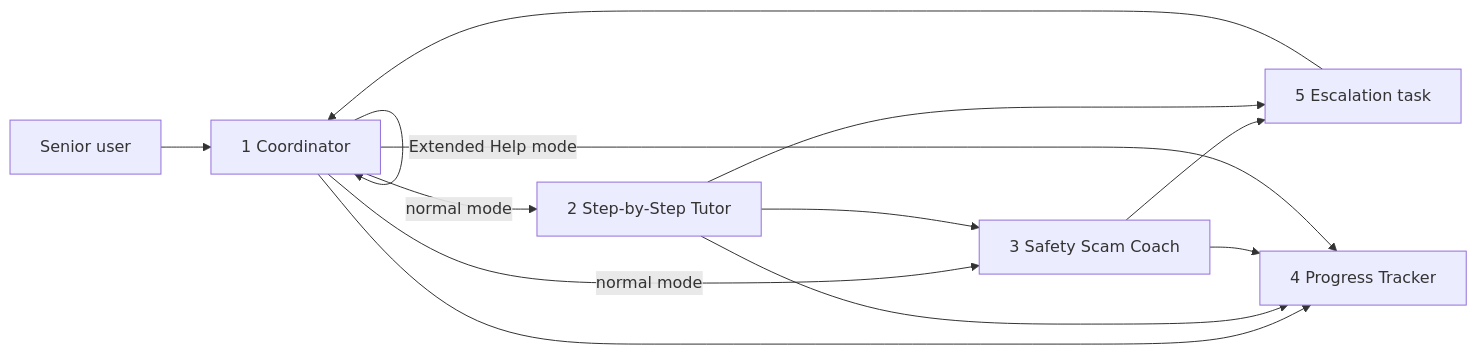
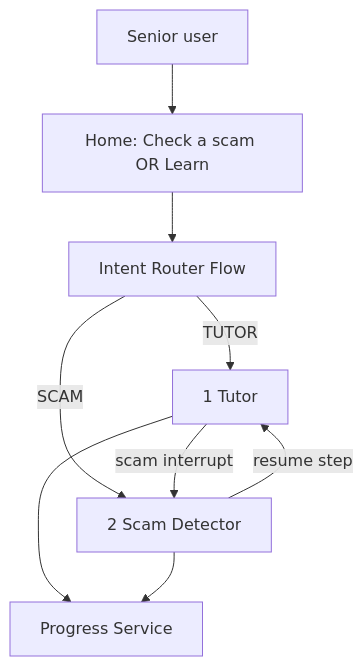
One commit to pixellady/senior-digital-literacy changed the second of 2 diagrams in project-context/1.define/prd.md. Above: the diagram before and after it, drawn with Mermaid. The commit also changed other lines of this file and 14 other files, not shown here.

First line of the commit message:
Simplify MVP architecture to intent router with Tutor or Scam Detector.

````diff
--- a/project-context/1.define/prd.md
+++ b/project-context/1.define/prd.md
@@ -246,15 +249,11 @@
 ```mermaid
-flowchart LR
-    U[Senior user] --> C[1 Coordinator]
-    C -->|normal mode| T[2 Step-by-Step Tutor]
-    C -->|normal mode| S[3 Safety Scam Coach]
-    C -->|Extended Help mode| C
-    C --> P[4 Progress Tracker]
-    T --> S
-    S --> E[5 Escalation task]
-    T --> E
-    E --> C
-    T --> P
+flowchart TD
+    U[Senior user] --> H[Home: Check a scam OR Learn]
+    H --> R[Intent Router Flow]
+    R -->|TUTOR| T[1 Tutor]
+    R -->|SCAM| S[2 Scam Detector]
+    T -->|scam interrupt| S
+    S -->|resume step| T
+    T --> P[Progress Service]
     S --> P
-    C --> P
 ```
````
